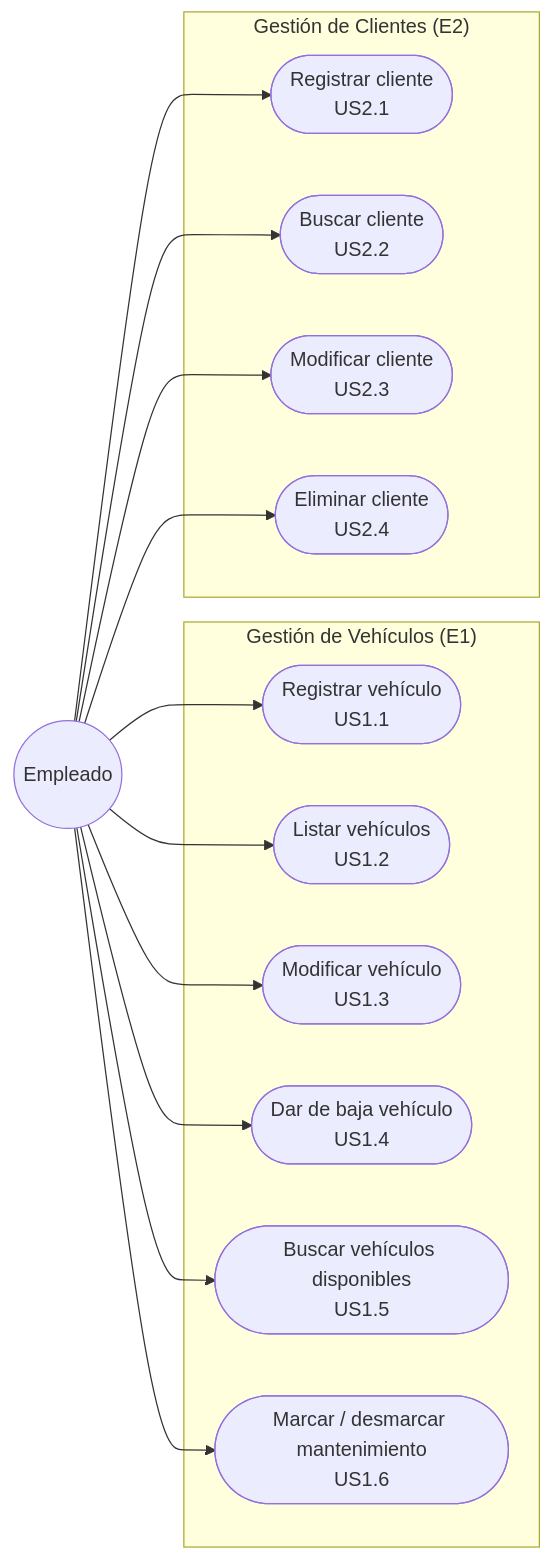
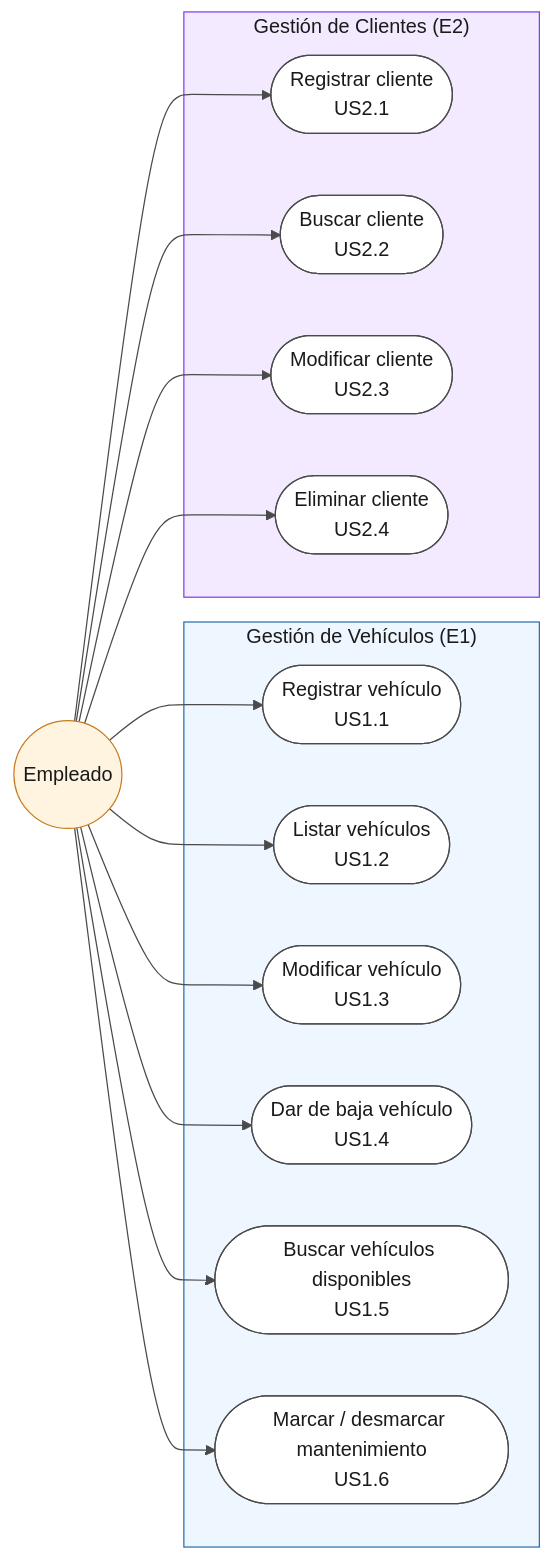
Before and after one commit to chaarlyez/Sistema_de_alquiler_de_veh-culos: the first of 6 diagrams in docs/03-uml/01-johann-tafur-vehiculos-clientes.md, drawn with Mermaid. The commit also changed other lines of this file, not shown here.

First line of the commit message:
docs(uml): colorear diagramas y homogeneizar flechas (parte 1 - Johann-Tafur)

````diff
--- a/docs/03-uml/01-johann-tafur-vehiculos-clientes.md
+++ b/docs/03-uml/01-johann-tafur-vehiculos-clientes.md
@@ -11,31 +11,49 @@
 ```mermaid
+%%{init: {'theme': 'base', 'themeVariables': {
+  'background': '#ffffff',
+  'primaryColor': '#ffffff',
+  'primaryBorderColor': '#4a4a4a',
+  'primaryTextColor': '#1a1a1a',
+  'lineColor': '#4a4a4a',
+  'textColor': '#1a1a1a',
+  'clusterBkg': '#eef6ff',
+  'clusterBorder': '#2a6fb0'
+}}}%%
 flowchart LR
     Empleado((Empleado))
 
     subgraph E1["Gestión de Vehículos (E1)"]
         UC1(["Registrar vehículo<br/>US1.1"])
         UC2(["Listar vehículos<br/>US1.2"])
         UC3(["Modificar vehículo<br/>US1.3"])
         UC4(["Dar de baja vehículo<br/>US1.4"])
         UC5(["Buscar vehículos disponibles<br/>US1.5"])
         UC6(["Marcar / desmarcar mantenimiento<br/>US1.6"])
     end
 
     subgraph E2["Gestión de Clientes (E2)"]
         UC7(["Registrar cliente<br/>US2.1"])
         UC8(["Buscar cliente<br/>US2.2"])
         UC9(["Modificar cliente<br/>US2.3"])
         UC10(["Eliminar cliente<br/>US2.4"])
     end
 
     Empleado --> UC1
     Empleado --> UC2
     Empleado --> UC3
     Empleado --> UC4
     Empleado --> UC5
     Empleado --> UC6
     Empleado --> UC7
     Empleado --> UC8
     Empleado --> UC9
     Empleado --> UC10
+
+    style E1 fill:#eef6ff,stroke:#2a6fb0,color:#1a1a1a
+    style E2 fill:#f3eaff,stroke:#7e3ff2,color:#1a1a1a
+
+    classDef actor fill:#fff4e0,stroke:#c97a1e,color:#1a1a1a
+    classDef usecase fill:#ffffff,stroke:#4a4a4a,color:#1a1a1a
+    class Empleado actor
+    class UC1,UC2,UC3,UC4,UC5,UC6,UC7,UC8,UC9,UC10 usecase
 ```
````
